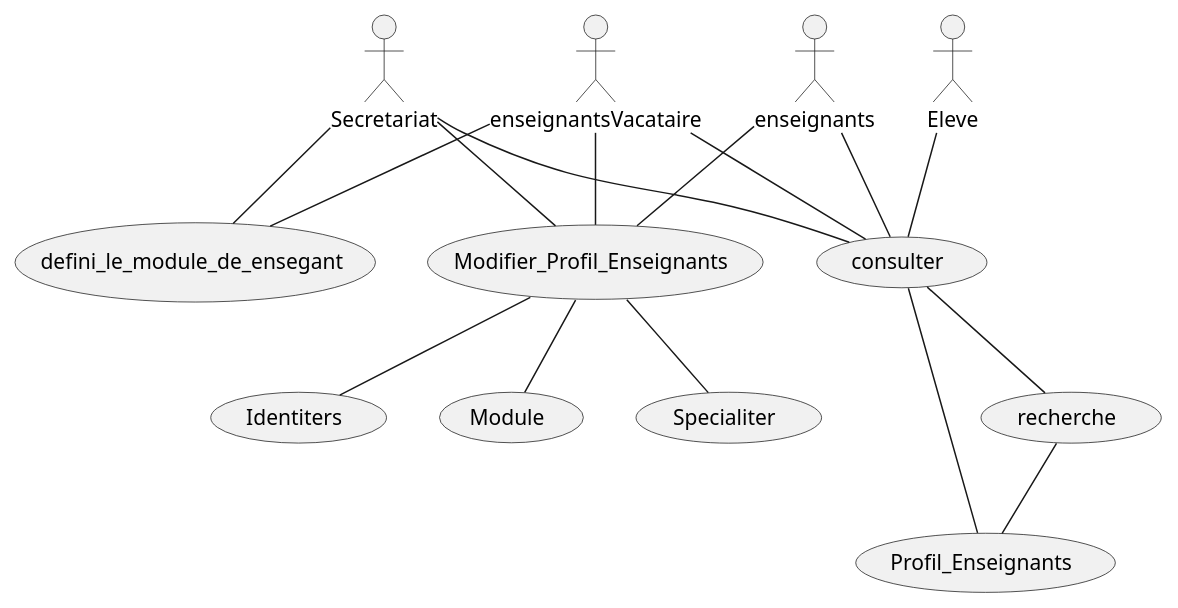
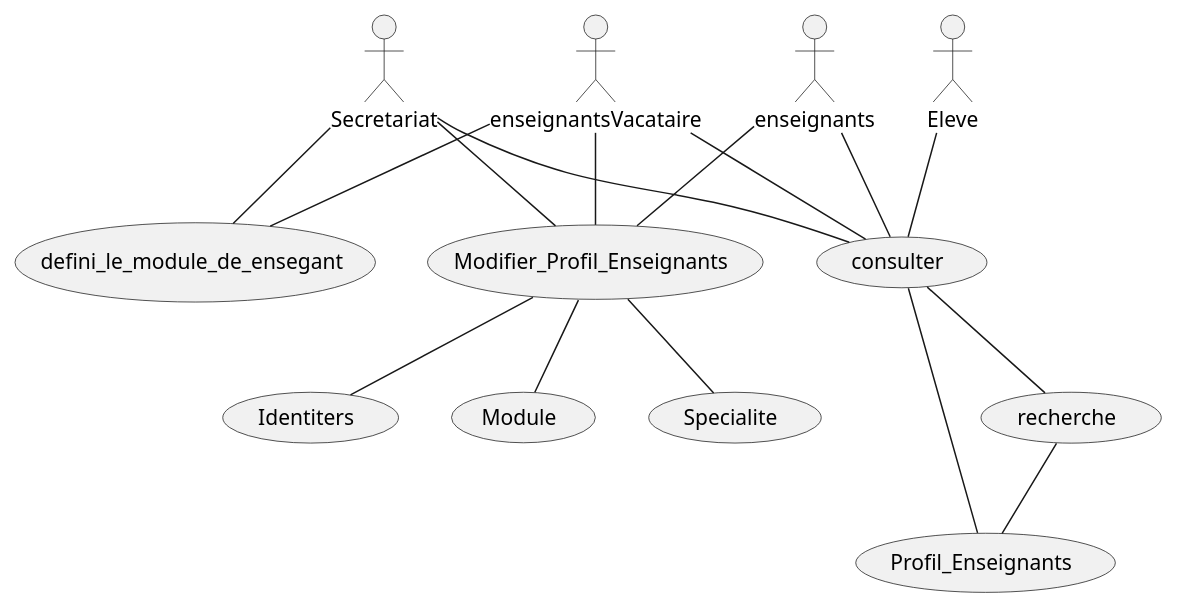
The diagram in analyse/diagrammes/DiagrammeCasUtilisation.plantuml (IUT-Blagnac/bcoo-retro2021-bcoo-retro2021-g16), drawn with PlantUML before and after one commit.

```diff
--- a/analyse/diagrammes/DiagrammeCasUtilisation.plantuml
+++ b/analyse/diagrammes/DiagrammeCasUtilisation.plantuml
@@ -1,34 +1,34 @@
 @startuml
 
 actor enseignants
 usecase Profil_Enseignants as PE
 usecase Modifier_Profil_Enseignants as MPE
 usecase Identiters as IE
 usecase Module as ME
-usecase Specialiter 
-usecase consulter 
+usecase Specialite 
+usecase consulter
 usecase recherche
 
 actor Secretariat
 actor enseignantsVacataire as EV
 actor Eleve 
 
 usecase defini_le_module_de_ensegant as DME
 
 enseignants -- MPE
 Secretariat -- MPE 
 Eleve -- consulter
 Secretariat -- consulter
 enseignants -- consulter
 consulter -- recherche
 recherche -- PE
 EV -- consulter
 consulter -- PE
 MPE -- IE
 MPE -- ME
 EV -- MPE
-MPE -- Specialiter
+MPE -- Specialite
 EV -- DME
 Secretariat -- DME
 
 @enduml
```
